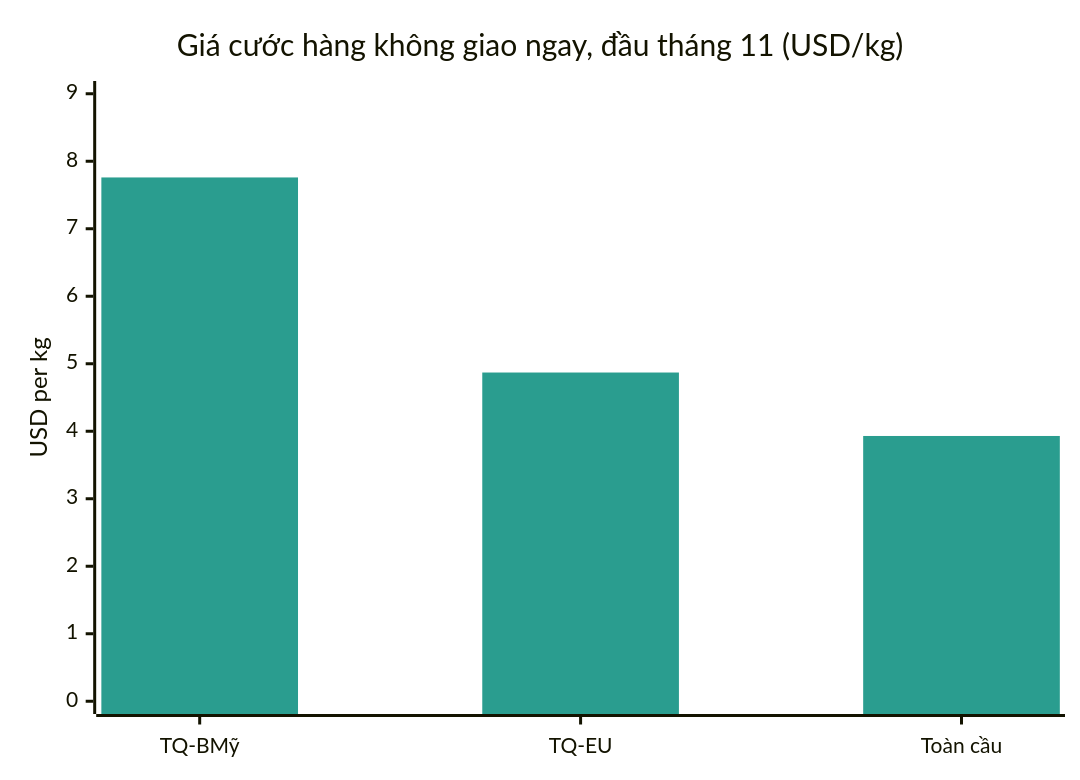
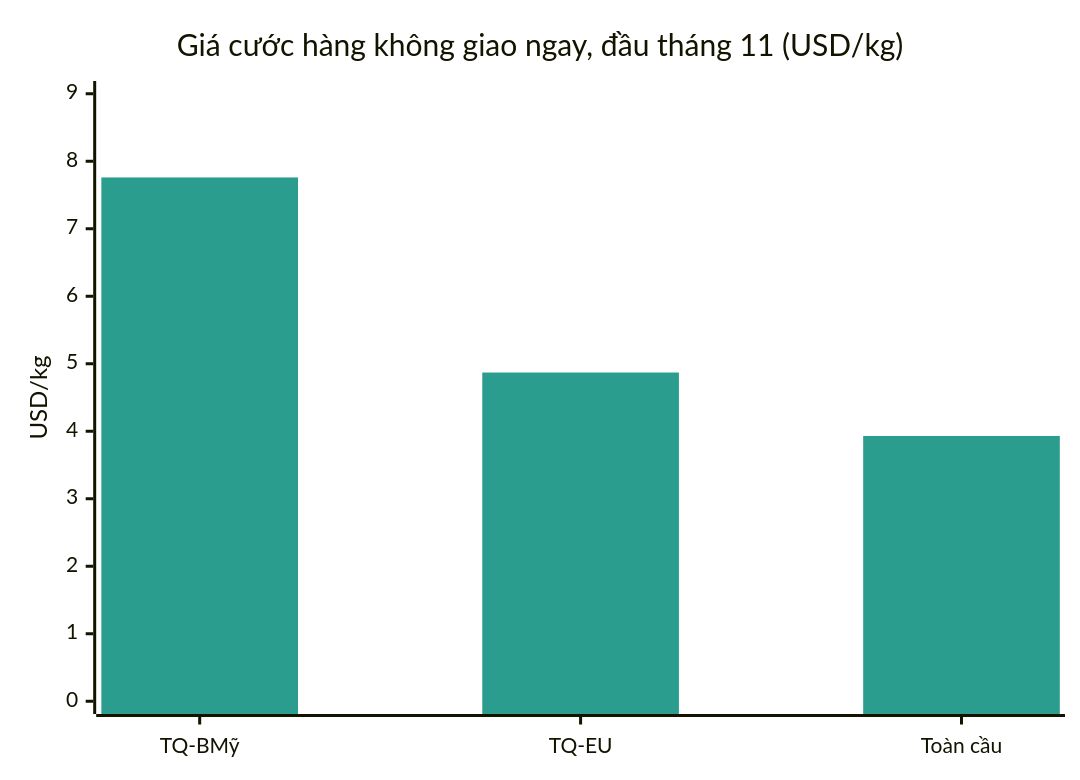
One commit to dureach/research changed the tenth of 13 diagrams in Global-Trade-Intelligence-weekly-2026-11-16/index.vi.md. Above: the diagram before and after it, drawn with Mermaid. The commit also changed other lines of this file and 5 other files, not shown here.

````diff
--- a/Global-Trade-Intelligence-weekly-2026-11-16/index.vi.md
+++ b/Global-Trade-Intelligence-weekly-2026-11-16/index.vi.md
@@ -534,8 +534,8 @@
 ```mermaid
 %%{init: {'theme': 'base', 'themeVariables': {'xyChart': {'plotColorPalette': '#2a9d8f'}}}}%%
 xychart-beta
     title "Giá cước hàng không giao ngay, đầu tháng 11 (USD/kg)"
     x-axis ["TQ-BMỹ", "TQ-EU", "Toàn cầu"]
-    y-axis "USD per kg" 0 --> 9
+    y-axis "USD/kg" 0 --> 9
     bar [7.76, 4.87, 3.93]
 ```
````
